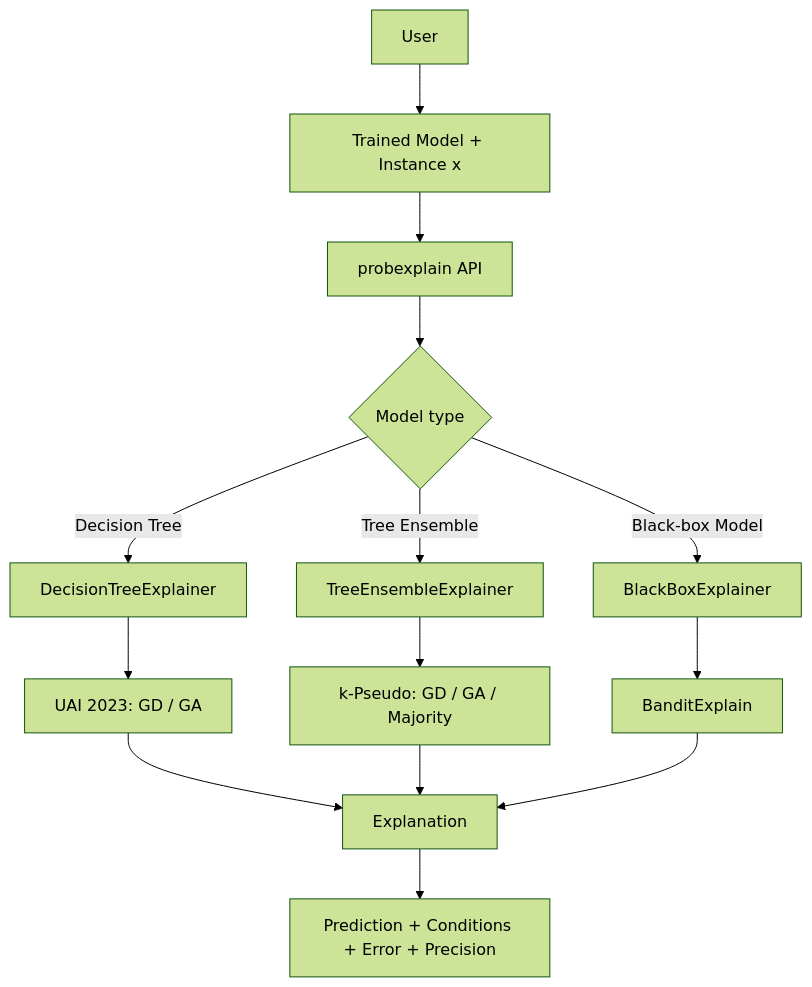
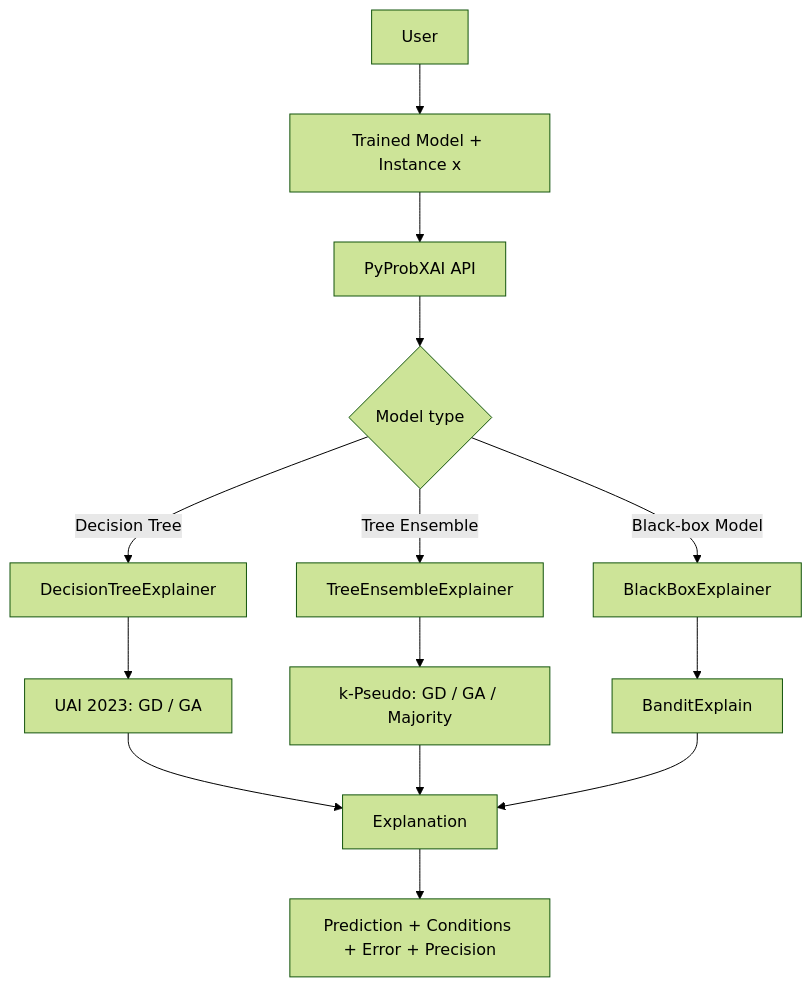
The diagram in README.md (SifEddine05/PyProbXAI), drawn with Mermaid (forest theme) before and after one commit. The commit also changed other lines of this file and 14 other files, not shown here.

````diff
--- a/README.md
+++ b/README.md
@@ -23,20 +23,20 @@
 ```mermaid
 flowchart TB
     A["User"] --> B["Trained Model + Instance x"]
-    B --> C["probexplain API"]
+    B --> C["PyProbXAI API"]
     C --> D{"Model type"}
 
     D -->|"Decision Tree"| E["DecisionTreeExplainer"]
     D -->|"Tree Ensemble"| F["TreeEnsembleExplainer"]
     D -->|"Black-box Model"| G["BlackBoxExplainer"]
 
     E --> E1["UAI 2023: GD / GA"]
     F --> F1["k-Pseudo: GD / GA / Majority"]
     G --> G1["BanditExplain"]
 
     E1 --> H["Explanation"]
     F1 --> H
     G1 --> H
 
     H --> I["Prediction + Conditions + Error + Precision"]
 ```
````
